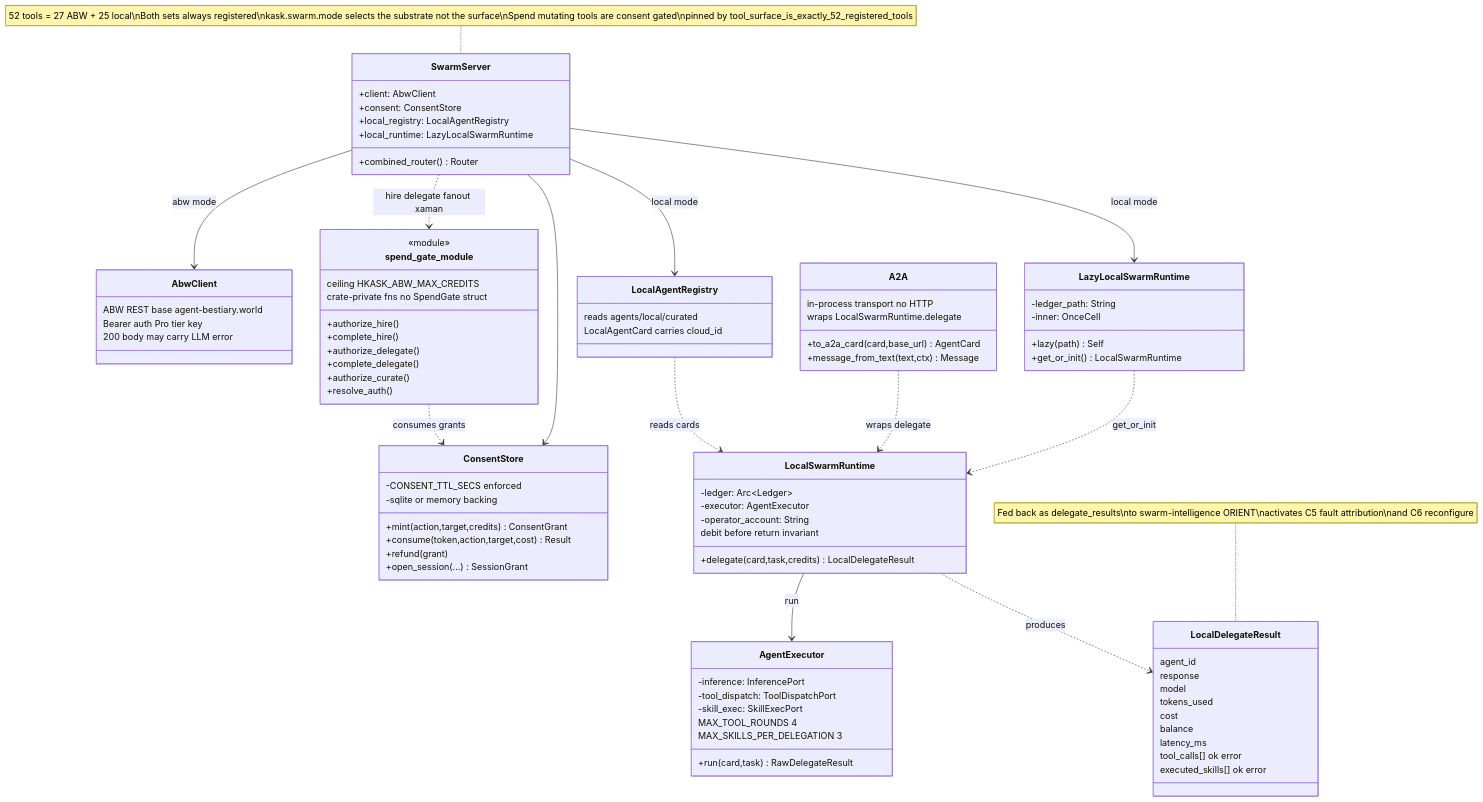
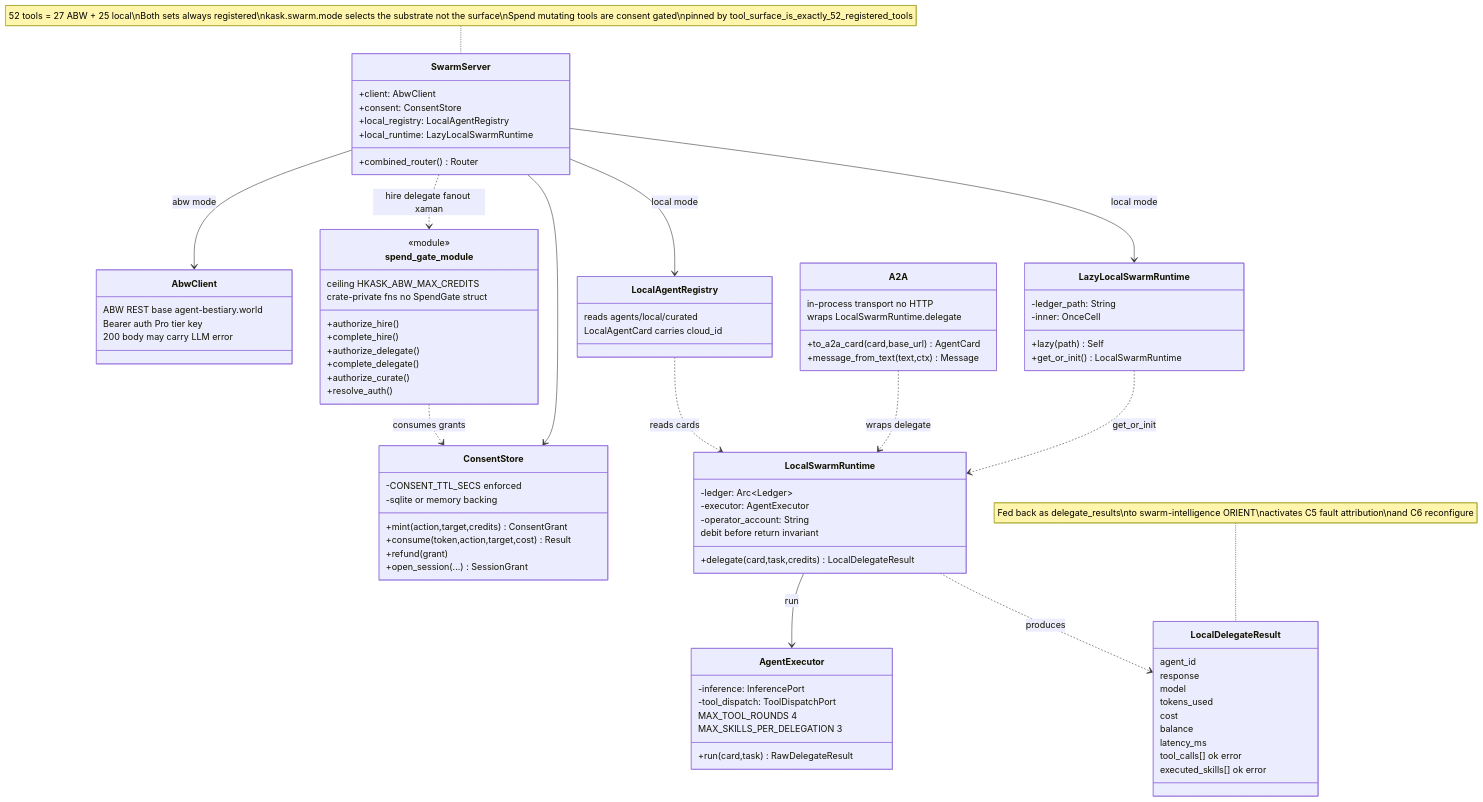
One commit to mdz-axo/zed-kask changed the diagram in kask/docs/diagrams/class-swarm-server.md. Above: the diagram before and after it, drawn with Mermaid. The commit also changed 30 other files, not shown here.

```diff
--- a/kask/docs/diagrams/class-swarm-server.md
+++ b/kask/docs/diagrams/class-swarm-server.md
@@ -74,7 +74,6 @@
     class AgentExecutor {
         -inference: InferencePort
         -tool_dispatch: ToolDispatchPort
-        -skill_exec: SkillExecPort
         +run(card,task) RawDelegateResult
         MAX_TOOL_ROUNDS 4
         MAX_SKILLS_PER_DELEGATION 3
```
